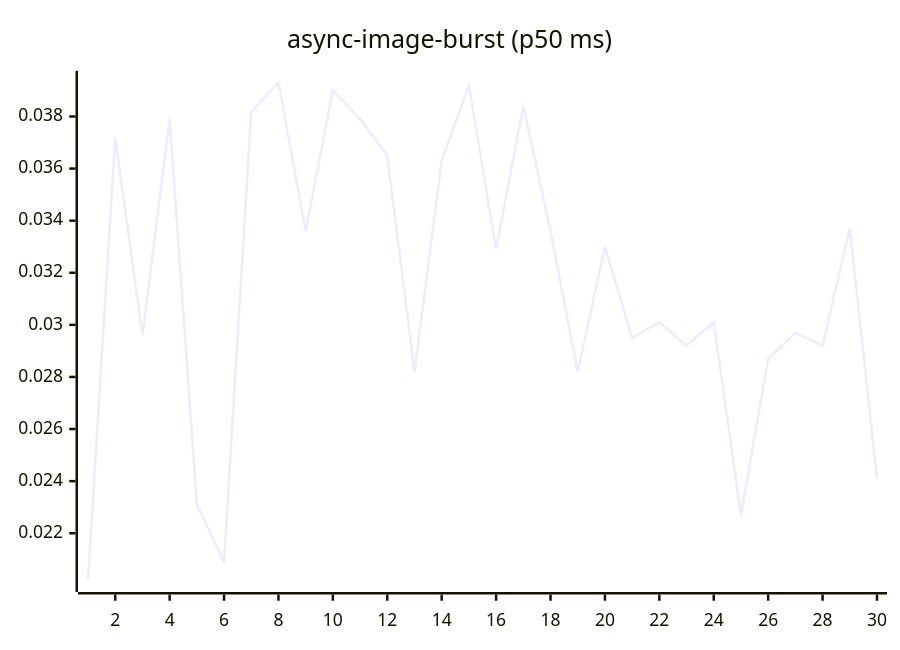
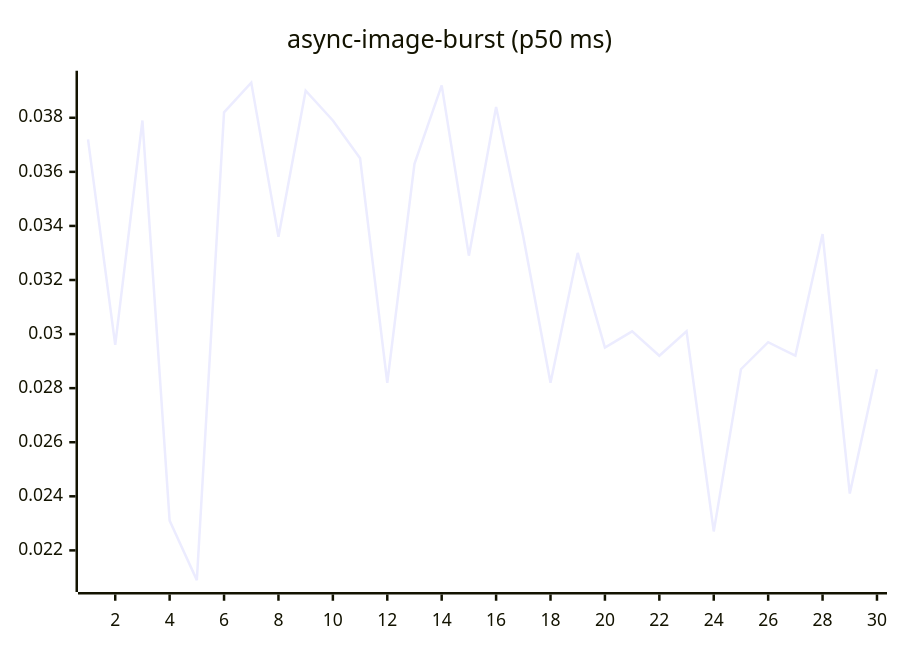
Before and after one commit to josha/Facet: the fourth of 27 diagrams in README.md, drawn with Mermaid. The commit also changed other lines of this file and 2 other files, not shown here.

````diff
--- a/README.md
+++ b/README.md
@@ -84,6 +84,6 @@
 ```mermaid
 xychart-beta
     title "async-image-burst (p50 ms)"
     x-axis 1 --> 30
-    line [0.0202, 0.0372, 0.0296, 0.0379, 0.0231, 0.0209, 0.0382, 0.0393, 0.0336, 0.0390, 0.0379, 0.0365, 0.0282, 0.0363, 0.0392, 0.0329, 0.0384, 0.0336, 0.0282, 0.0330, 0.0295, 0.0301, 0.0292, 0.0301, 0.0227, 0.0287, 0.0297, 0.0292, 0.0337, 0.0241]
+    line [0.0372, 0.0296, 0.0379, 0.0231, 0.0209, 0.0382, 0.0393, 0.0336, 0.0390, 0.0379, 0.0365, 0.0282, 0.0363, 0.0392, 0.0329, 0.0384, 0.0336, 0.0282, 0.0330, 0.0295, 0.0301, 0.0292, 0.0301, 0.0227, 0.0287, 0.0297, 0.0292, 0.0337, 0.0241, 0.0287]
 ```
````
